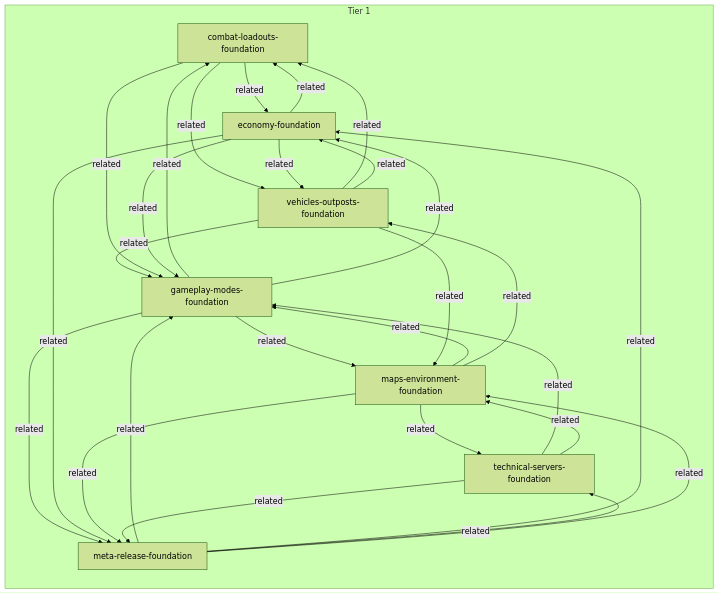
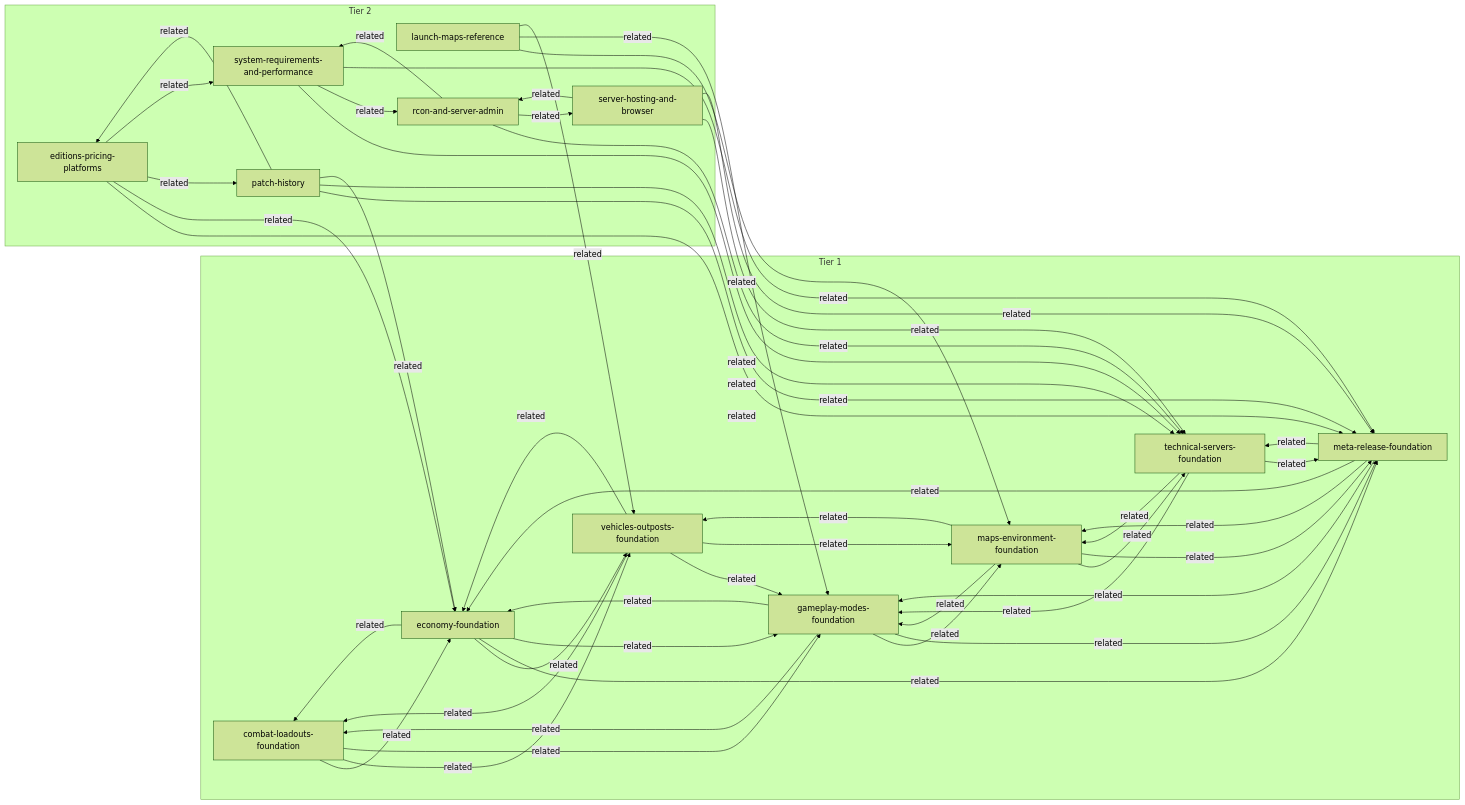
One commit to VainAsher/wardogs-game-knowledge-base changed the diagram in exports/knowledge-graph.mmd. Above: the diagram before and after it, drawn with Mermaid (forest theme). The commit also changed 21 other files, not shown here.

Commit message:
Cluster C v1.0.0: six depth docs; economy-foundation v1.0.1 date correction

```diff
--- a/exports/knowledge-graph.mmd
+++ b/exports/knowledge-graph.mmd
@@ -1,36 +1,64 @@
 graph LR
   subgraph Tier1["Tier 1"]
     combat_loadouts_foundation["combat-loadouts-foundation"]
     economy_foundation["economy-foundation"]
     gameplay_modes_foundation["gameplay-modes-foundation"]
     maps_environment_foundation["maps-environment-foundation"]
     meta_release_foundation["meta-release-foundation"]
     technical_servers_foundation["technical-servers-foundation"]
     vehicles_outposts_foundation["vehicles-outposts-foundation"]
+  end
+  subgraph Tier2["Tier 2"]
+    editions_pricing_platforms["editions-pricing-platforms"]
+    launch_maps_reference["launch-maps-reference"]
+    patch_history["patch-history"]
+    rcon_and_server_admin["rcon-and-server-admin"]
+    server_hosting_and_browser["server-hosting-and-browser"]
+    system_requirements_and_performance["system-requirements-and-performance"]
   end
   gameplay_modes_foundation -->|related| combat_loadouts_foundation
   gameplay_modes_foundation -->|related| economy_foundation
   combat_loadouts_foundation -->|related| economy_foundation
   gameplay_modes_foundation -->|related| maps_environment_foundation
   gameplay_modes_foundation -->|related| meta_release_foundation
   combat_loadouts_foundation -->|related| vehicles_outposts_foundation
   economy_foundation -->|related| vehicles_outposts_foundation
   economy_foundation -->|related| meta_release_foundation
   vehicles_outposts_foundation -->|related| gameplay_modes_foundation
   vehicles_outposts_foundation -->|related| combat_loadouts_foundation
   vehicles_outposts_foundation -->|related| economy_foundation
   vehicles_outposts_foundation -->|related| maps_environment_foundation
   maps_environment_foundation -->|related| gameplay_modes_foundation
   maps_environment_foundation -->|related| vehicles_outposts_foundation
   maps_environment_foundation -->|related| technical_servers_foundation
   maps_environment_foundation -->|related| meta_release_foundation
   technical_servers_foundation -->|related| gameplay_modes_foundation
   technical_servers_foundation -->|related| maps_environment_foundation
   technical_servers_foundation -->|related| meta_release_foundation
   meta_release_foundation -->|related| gameplay_modes_foundation
   meta_release_foundation -->|related| economy_foundation
   meta_release_foundation -->|related| technical_servers_foundation
   meta_release_foundation -->|related| maps_environment_foundation
+  server_hosting_and_browser -->|related| technical_servers_foundation
+  server_hosting_and_browser -->|related| rcon_and_server_admin
+  server_hosting_and_browser -->|related| meta_release_foundation
+  rcon_and_server_admin -->|related| technical_servers_foundation
+  rcon_and_server_admin -->|related| server_hosting_and_browser
+  rcon_and_server_admin -->|related| system_requirements_and_performance
+  system_requirements_and_performance -->|related| technical_servers_foundation
+  system_requirements_and_performance -->|related| rcon_and_server_admin
+  system_requirements_and_performance -->|related| meta_release_foundation
+  patch_history -->|related| meta_release_foundation
+  patch_history -->|related| technical_servers_foundation
+  patch_history -->|related| economy_foundation
+  patch_history -->|related| editions_pricing_platforms
+  editions_pricing_platforms -->|related| meta_release_foundation
+  editions_pricing_platforms -->|related| economy_foundation
+  editions_pricing_platforms -->|related| patch_history
+  editions_pricing_platforms -->|related| system_requirements_and_performance
+  launch_maps_reference -->|related| maps_environment_foundation
+  launch_maps_reference -->|related| gameplay_modes_foundation
+  launch_maps_reference -->|related| vehicles_outposts_foundation
   combat_loadouts_foundation -->|related| gameplay_modes_foundation
   economy_foundation -->|related| gameplay_modes_foundation
   economy_foundation -->|related| combat_loadouts_foundation
```
